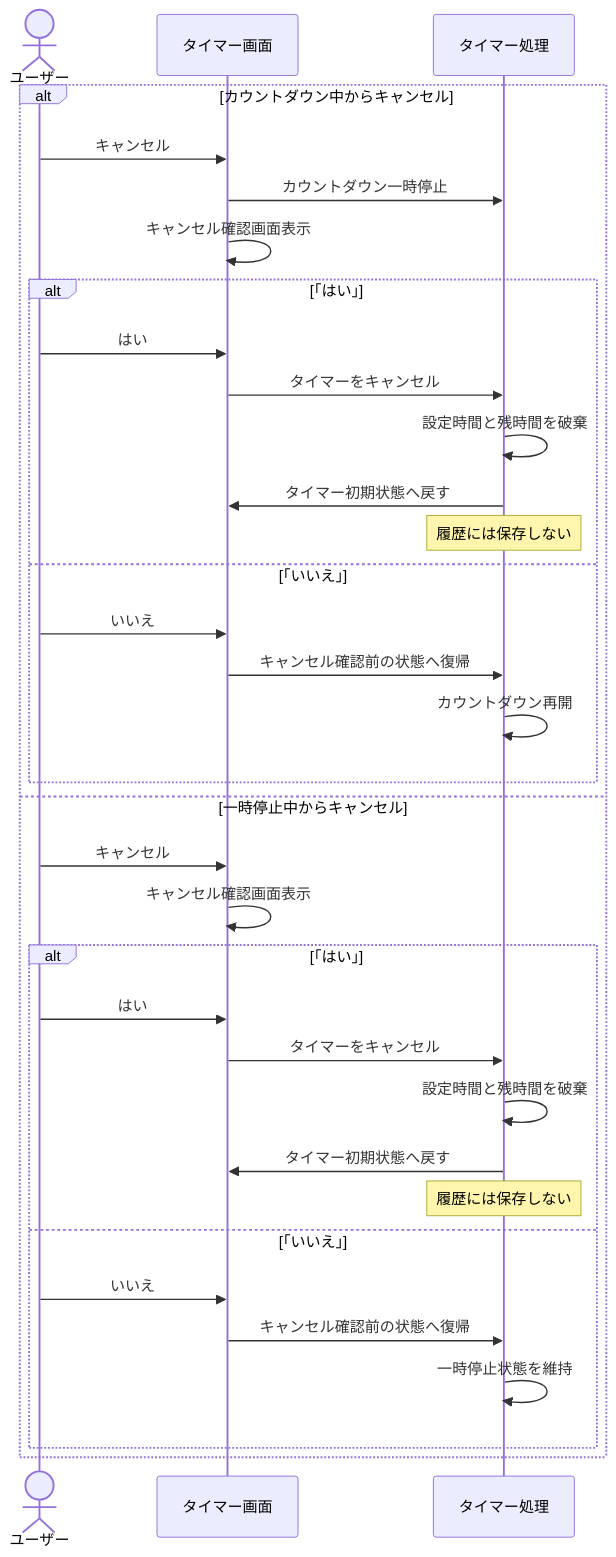
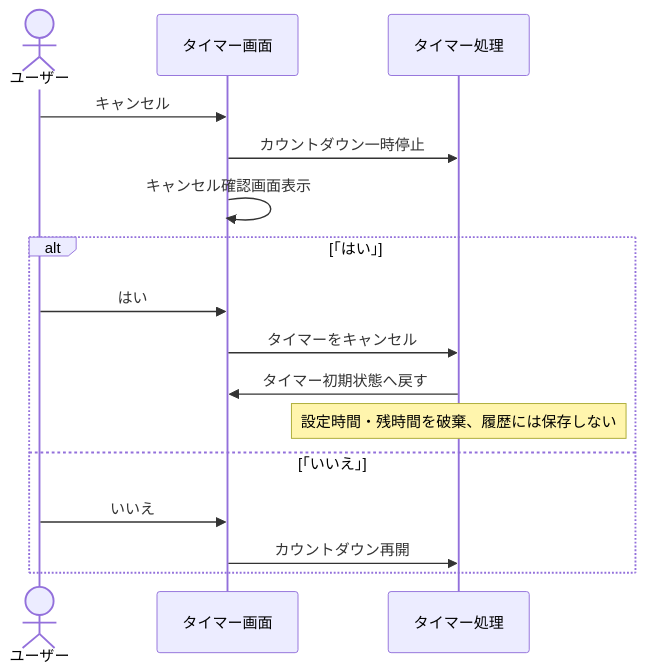
Before and after one commit to shun62201234-crypto/timerApplication: the third of 6 diagrams in document/設計/シーケンス図/タイマーシーケンス図.md, drawn with Mermaid. The commit also changed other lines of this file, not shown here.

Commit message:
タイマーシーケンス図修正

````diff
--- a/document/設計/シーケンス図/タイマーシーケンス図.md
+++ b/document/設計/シーケンス図/タイマーシーケンス図.md
@@ -89,40 +73,20 @@
 ```mermaid
 sequenceDiagram
     actor ユーザー
     participant UI as タイマー画面
     participant Timer as タイマー処理
 
-    alt カウントダウン中からキャンセル
-        ユーザー->>UI: キャンセル
-        UI->>Timer: カウントダウン一時停止
-        UI->>UI: キャンセル確認画面表示
+    ユーザー->>UI: キャンセル
+    UI->>Timer: カウントダウン一時停止
+    UI->>UI: キャンセル確認画面表示
 
-        alt 「はい」
-            ユーザー->>UI: はい
-            UI->>Timer: タイマーをキャンセル
-            Timer->>Timer: 設定時間と残時間を破棄
-            Timer->>UI: タイマー初期状態へ戻す
-            Note over Timer: 履歴には保存しない
-        else 「いいえ」
-            ユーザー->>UI: いいえ
-            UI->>Timer: キャンセル確認前の状態へ復帰
-            Timer->>Timer: カウントダウン再開
-        end
-
-    else 一時停止中からキャンセル
-        ユーザー->>UI: キャンセル
-        UI->>UI: キャンセル確認画面表示
-
-        alt 「はい」
-            ユーザー->>UI: はい
-            UI->>Timer: タイマーをキャンセル
-            Timer->>Timer: 設定時間と残時間を破棄
-            Timer->>UI: タイマー初期状態へ戻す
-            Note over Timer: 履歴には保存しない
-        else 「いいえ」
-            ユーザー->>UI: いいえ
-            UI->>Timer: キャンセル確認前の状態へ復帰
-            Timer->>Timer: 一時停止状態を維持
-        end
+    alt 「はい」
+        ユーザー->>UI: はい
+        UI->>Timer: タイマーをキャンセル
+        Timer->>UI: タイマー初期状態へ戻す
+        Note over Timer: 設定時間・残時間を破棄、履歴には保存しない
+    else 「いいえ」
+        ユーザー->>UI: いいえ
+        UI->>Timer: カウントダウン再開
     end
 ```
````
